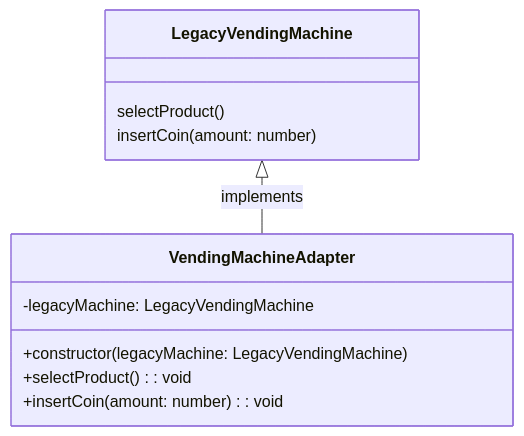
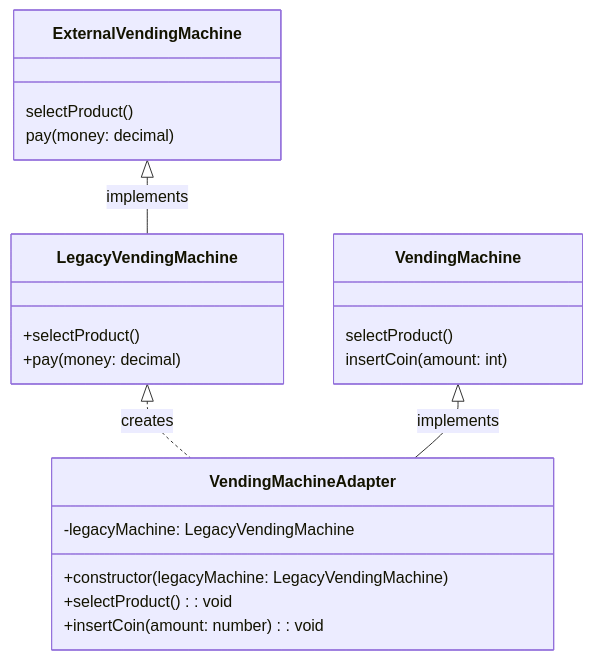
Before and after one commit to k0perX-X/HSE_PAPS: the fourth of 12 diagrams in Lab Work №6/docs/README.md, drawn with Mermaid. The commit also changed other lines of this file, not shown here.

````diff
--- a/Lab Work №6/docs/README.md
+++ b/Lab Work №6/docs/README.md
@@ -201,17 +280,29 @@
 ```mermaid
 classDiagram
+    class ExternalVendingMachine {
+        selectProduct()
+        pay(money: decimal)
+    }
+
     class LegacyVendingMachine {
+        +selectProduct()
+        +pay(money: decimal)
+    }
+
+    class VendingMachine {
         selectProduct()
-        insertCoin(amount: number)
+        insertCoin(amount: int)
     }
 
     class VendingMachineAdapter {
         -legacyMachine: LegacyVendingMachine
         +constructor(legacyMachine: LegacyVendingMachine)
         +selectProduct(): void
         +insertCoin(amount: number): void
     }
 
-    LegacyVendingMachine <|-- VendingMachineAdapter : implements
+    LegacyVendingMachine <|.. VendingMachineAdapter : creates
+    ExternalVendingMachine <|-- LegacyVendingMachine : implements
+    VendingMachine <|-- VendingMachineAdapter : implements
 
 ```
````
